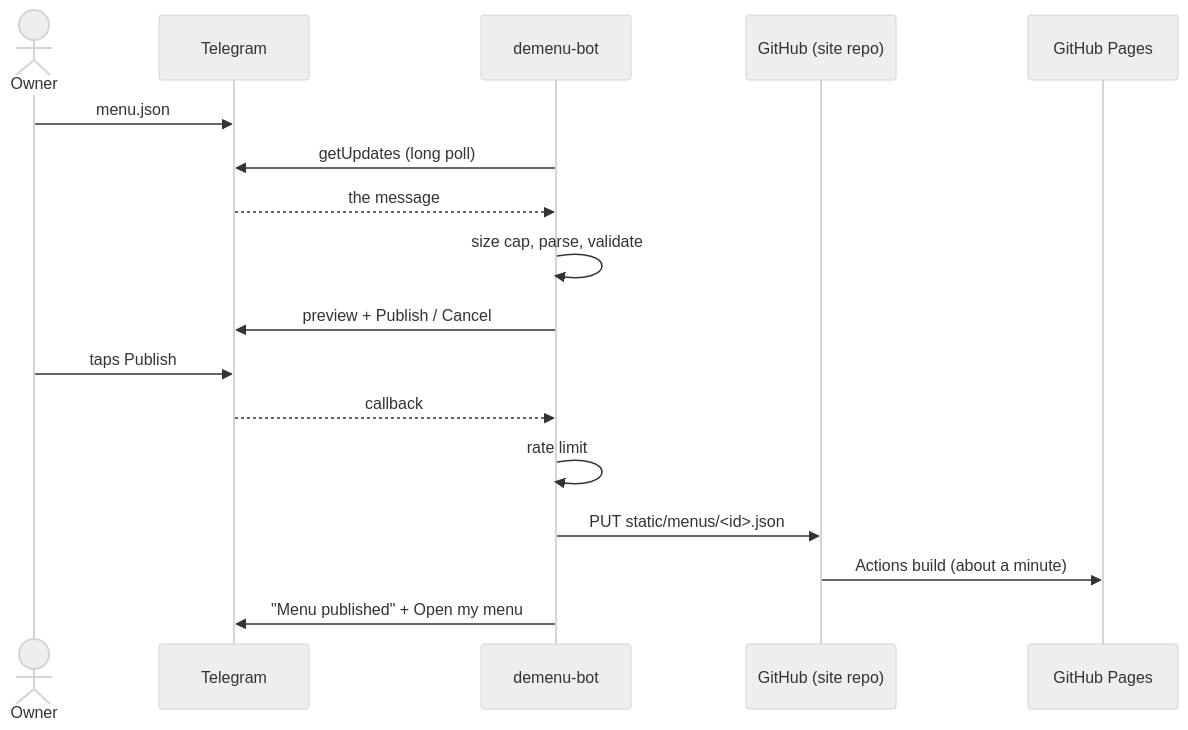
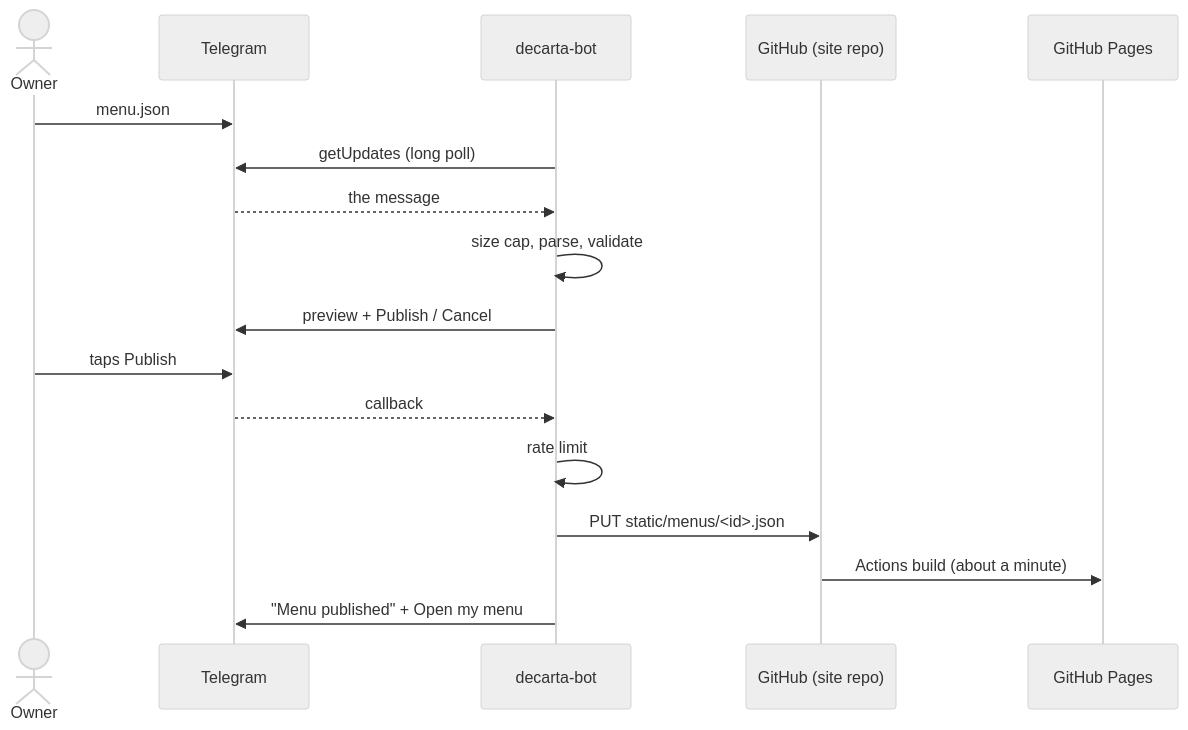
One commit to luis-serrano-l/decarta-bot changed the diagram in docs/explanation/design.md. Above: the diagram before and after it, drawn with Mermaid (neutral theme). The commit also changed 29 other files, not shown here.

First line of the commit message:
chore: rename project to decarta-bot

````diff
--- a/docs/explanation/design.md
+++ b/docs/explanation/design.md
@@ -13,19 +13,19 @@
 ```mermaid
 sequenceDiagram
     actor O as Owner
     participant T as Telegram
-    participant B as demenu-bot
+    participant B as decarta-bot
     participant G as GitHub (site repo)
     participant P as GitHub Pages
     O->>T: menu.json
     B->>T: getUpdates (long poll)
     T-->>B: the message
     B->>B: size cap, parse, validate
     B->>T: preview + Publish / Cancel
     O->>T: taps Publish
     T-->>B: callback
     B->>B: rate limit
     B->>G: PUT static/menus/<id>.json
     G->>P: Actions build (about a minute)
     B->>T: "Menu published" + Open my menu
 ```
````
